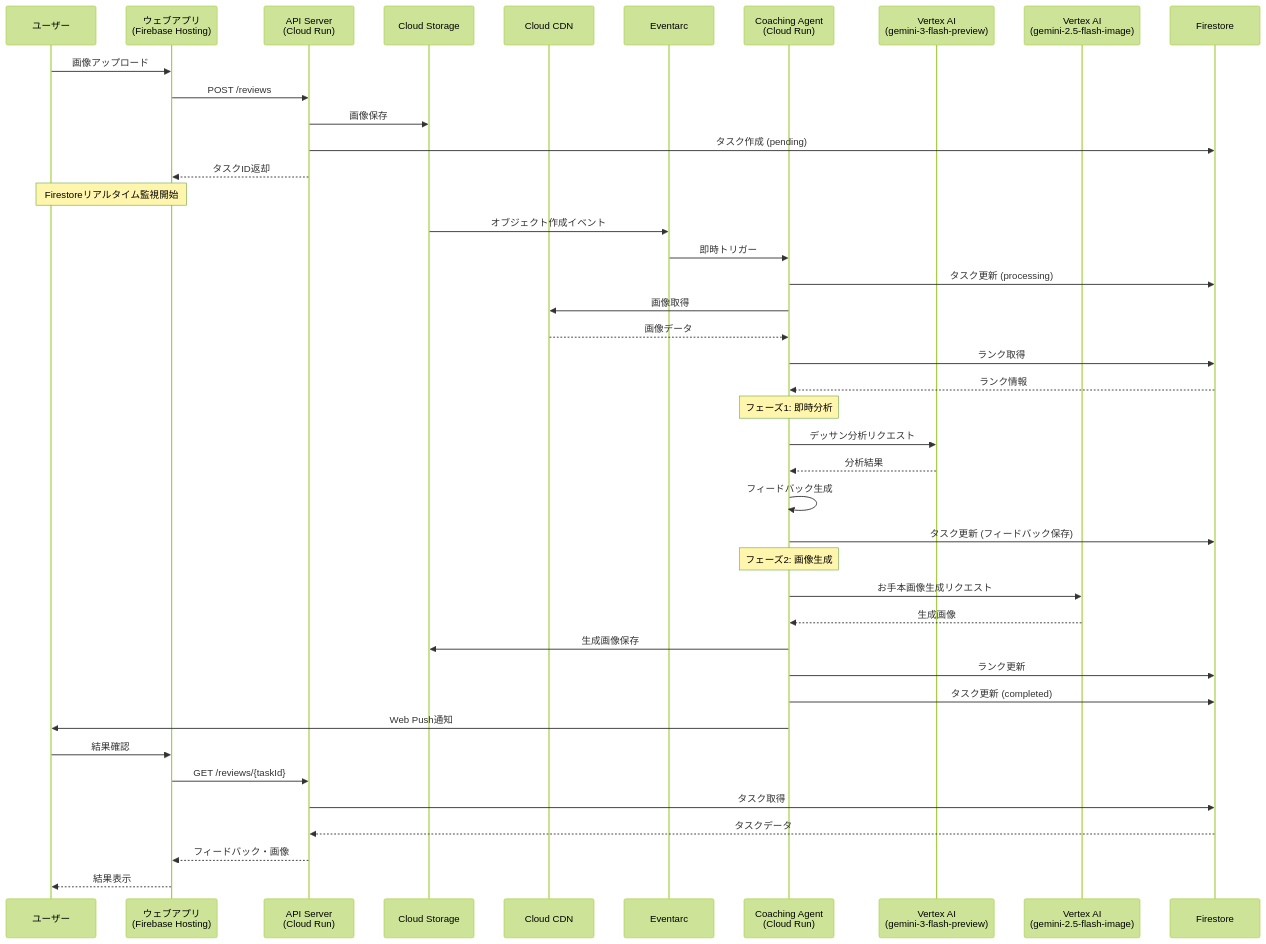
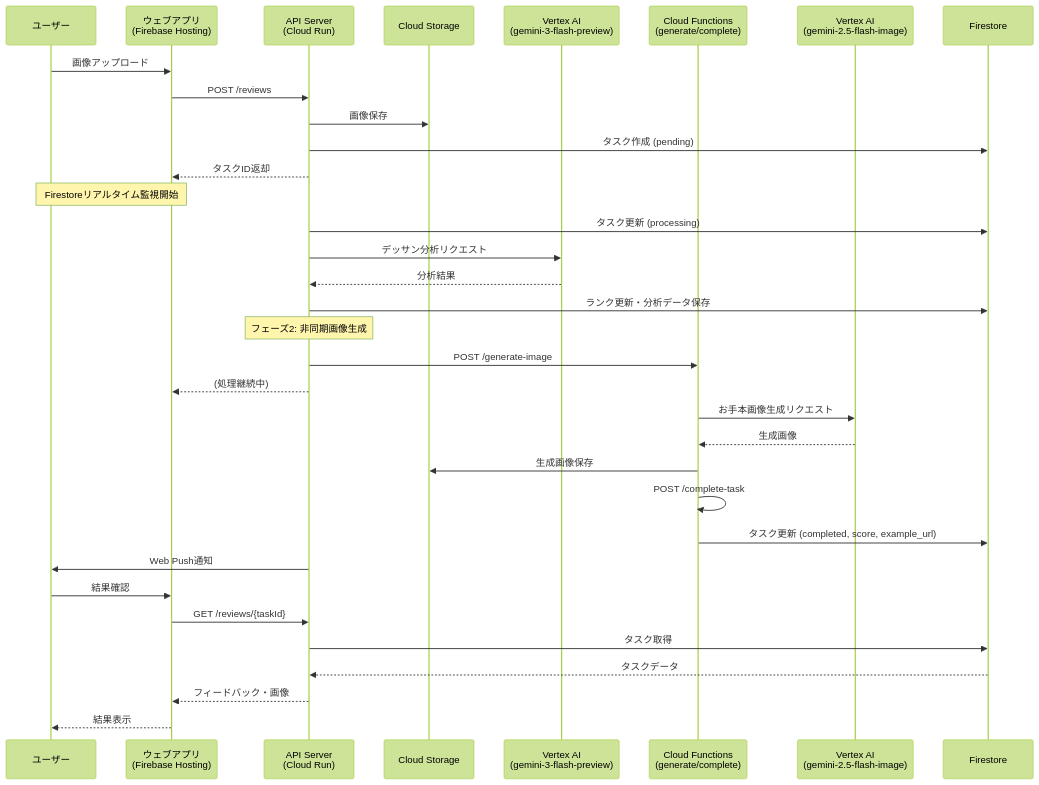
The second of 6 diagrams in docs/functional-design.md (nuance-sudo/drawing-practice-agent-gch4), drawn with Mermaid (forest theme) before and after one commit. The commit also changed other lines of this file and 7 other files, not shown here.

First line of the commit message:
docs: アーキテクチャ変更（Cloud Run Functions移行）に伴うドキュメント更新

````diff
--- a/docs/functional-design.md
+++ b/docs/functional-design.md
@@ -79,50 +68,43 @@
 ```mermaid
 sequenceDiagram
     participant User as ユーザー
     participant Web as ウェブアプリ<br/>(Firebase Hosting)
     participant API as API Server<br/>(Cloud Run)
     participant GCS as Cloud Storage
-    participant CDN as Cloud CDN
-    participant Eventarc as Eventarc
-    participant Agent as Coaching Agent<br/>(Cloud Run)
     participant Gemini as Vertex AI<br/>(gemini-3-flash-preview)
+    participant Func as Cloud Functions<br/>(generate/complete)
     participant ImageGen as Vertex AI<br/>(gemini-2.5-flash-image)
     participant DB as Firestore
 
     User->>Web: 画像アップロード
     Web->>API: POST /reviews
     API->>GCS: 画像保存
     API->>DB: タスク作成 (pending)
     API-->>Web: タスクID返却
     
     Note over User,Web: Firestoreリアルタイム監視開始
     
-    GCS->>Eventarc: オブジェクト作成イベント
-    Eventarc->>Agent: 即時トリガー
-    Agent->>DB: タスク更新 (processing)
-    Agent->>CDN: 画像取得
-    CDN-->>Agent: 画像データ
-    Agent->>DB: ランク取得
-    DB-->>Agent: ランク情報
+    API->>DB: タスク更新 (processing)
+    API->>Gemini: デッサン分析リクエスト
+    Gemini-->>API: 分析結果
+    API->>DB: ランク更新・分析データ保存
     
-    Note over Agent: フェーズ1: 即時分析
-    Agent->>Gemini: デッサン分析リクエスト
-    Gemini-->>Agent: 分析結果
-    Agent->>Agent: フィードバック生成
-    Agent->>DB: タスク更新 (フィードバック保存)
+    Note over API: フェーズ2: 非同期画像生成
+    API->>Func: POST /generate-image
+    API-->>Web: (処理継続中)
     
-    Note over Agent: フェーズ2: 画像生成
-    Agent->>ImageGen: お手本画像生成リクエスト
-    ImageGen-->>Agent: 生成画像
-    Agent->>GCS: 生成画像保存
-    Agent->>DB: ランク更新
-    Agent->>DB: タスク更新 (completed)
-    Agent->>User: Web Push通知
+    Func->>ImageGen: お手本画像生成リクエスト
+    ImageGen-->>Func: 生成画像
+    Func->>GCS: 生成画像保存
+    Func->>Func: POST /complete-task
+    Func->>DB: タスク更新 (completed, score, example_url)
+    
+    API->>User: Web Push通知
 
     User->>Web: 結果確認
     Web->>API: GET /reviews/{taskId}
     API->>DB: タスク取得
     DB-->>API: タスクデータ
     API-->>Web: フィードバック・画像
     Web-->>User: 結果表示
 ```
````
